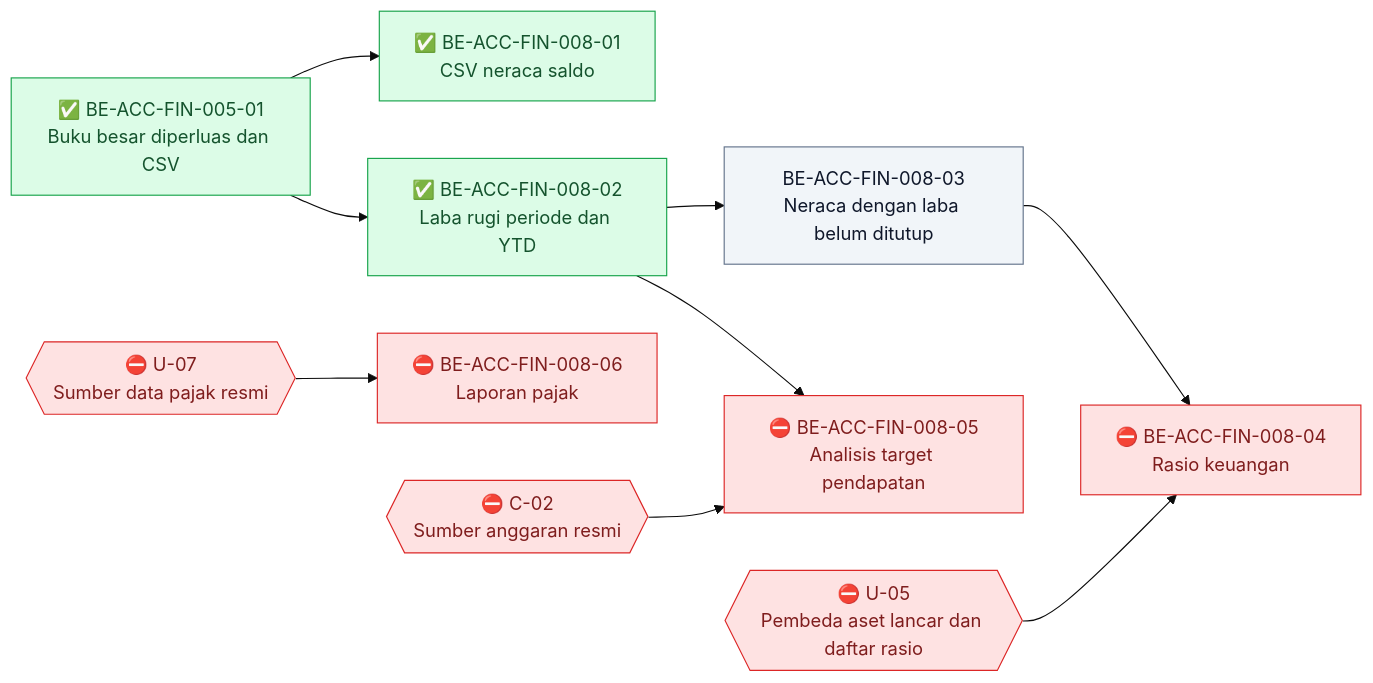
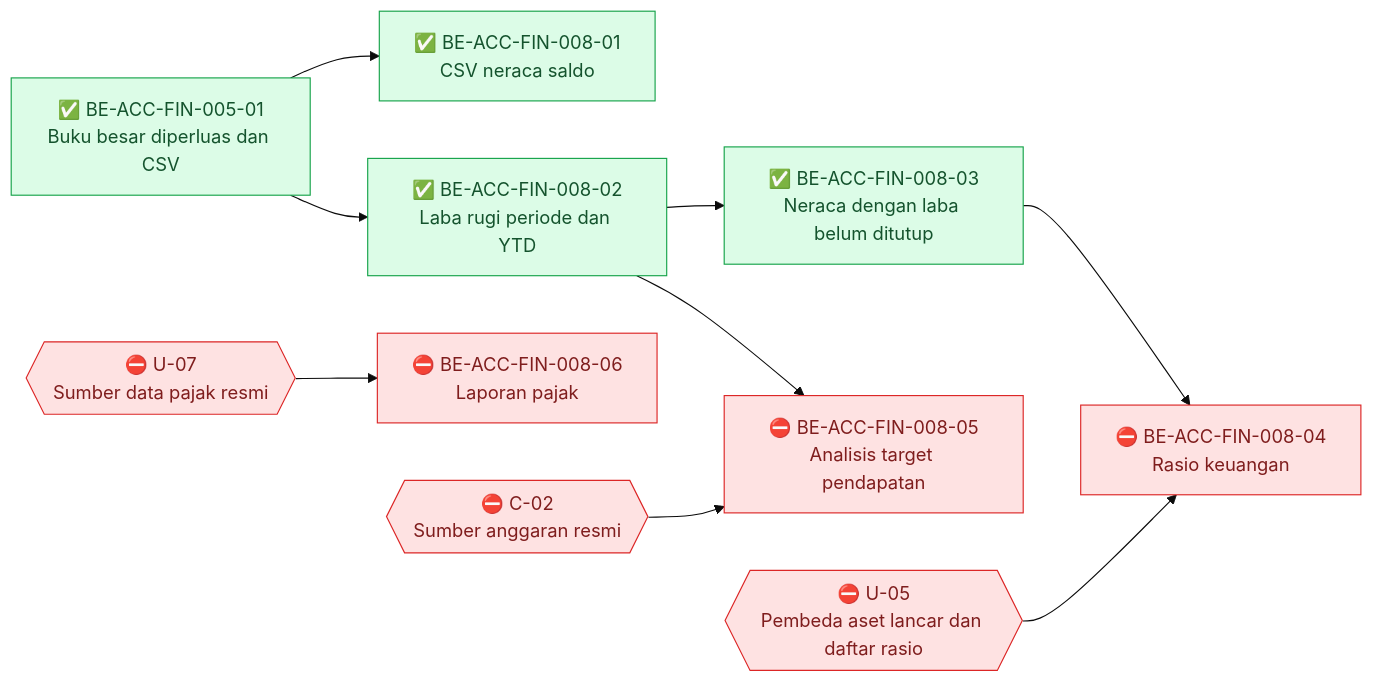
The diagram in docs/module-blueprints/accounting/roadmap/backend-roadmap-finishing.md (DevBenari/NewQuilvianSystemBackend), drawn with Mermaid (base theme) before and after one commit. The commit also changed other lines of this file and 8 other files, not shown here.

First line of the commit message:
feat(accounting): neraca dengan laba belum ditutup dan pembanding (BE-ACC-FIN-008-03)

````diff
--- a/docs/module-blueprints/accounting/roadmap/backend-roadmap-finishing.md
+++ b/docs/module-blueprints/accounting/roadmap/backend-roadmap-finishing.md
@@ -43,28 +43,28 @@
 ```mermaid
 flowchart LR
     classDef selesai fill:#DCFCE7,stroke:#16A34A,color:#14532D
     classDef sebagian fill:#FEF9C3,stroke:#CA8A04,color:#713F12
     classDef terblokir fill:#FEE2E2,stroke:#DC2626,color:#7F1D1D
     classDef belum fill:#F1F5F9,stroke:#64748B,color:#0F172A
     classDef luar fill:#EDE9FE,stroke:#7C3AED,color:#3B0764
 
     BEACCFIN00501["✅ BE-ACC-FIN-005-01<br/>Buku besar diperluas dan CSV"]:::selesai
     BEACCFIN00801["✅ BE-ACC-FIN-008-01<br/>CSV neraca saldo"]:::selesai
     BEACCFIN00802["✅ BE-ACC-FIN-008-02<br/>Laba rugi periode dan YTD"]:::selesai
-    BEACCFIN00803["BE-ACC-FIN-008-03<br/>Neraca dengan laba belum ditutup"]:::belum
+    BEACCFIN00803["✅ BE-ACC-FIN-008-03<br/>Neraca dengan laba belum ditutup"]:::selesai
     BEACCFIN00804["⛔ BE-ACC-FIN-008-04<br/>Rasio keuangan"]:::terblokir
     BEACCFIN00805["⛔ BE-ACC-FIN-008-05<br/>Analisis target pendapatan"]:::terblokir
     BEACCFIN00806["⛔ BE-ACC-FIN-008-06<br/>Laporan pajak"]:::terblokir
     U05{{"⛔ U-05<br/>Pembeda aset lancar dan daftar rasio"}}:::terblokir
     C02{{"⛔ C-02<br/>Sumber anggaran resmi"}}:::terblokir
     U07{{"⛔ U-07<br/>Sumber data pajak resmi"}}:::terblokir
 
     BEACCFIN00501 --> BEACCFIN00801
     BEACCFIN00501 --> BEACCFIN00802
     BEACCFIN00802 --> BEACCFIN00803
     BEACCFIN00803 --> BEACCFIN00804
     U05 --> BEACCFIN00804
     BEACCFIN00802 --> BEACCFIN00805
     C02 --> BEACCFIN00805
     U07 --> BEACCFIN00806
 ```
````
